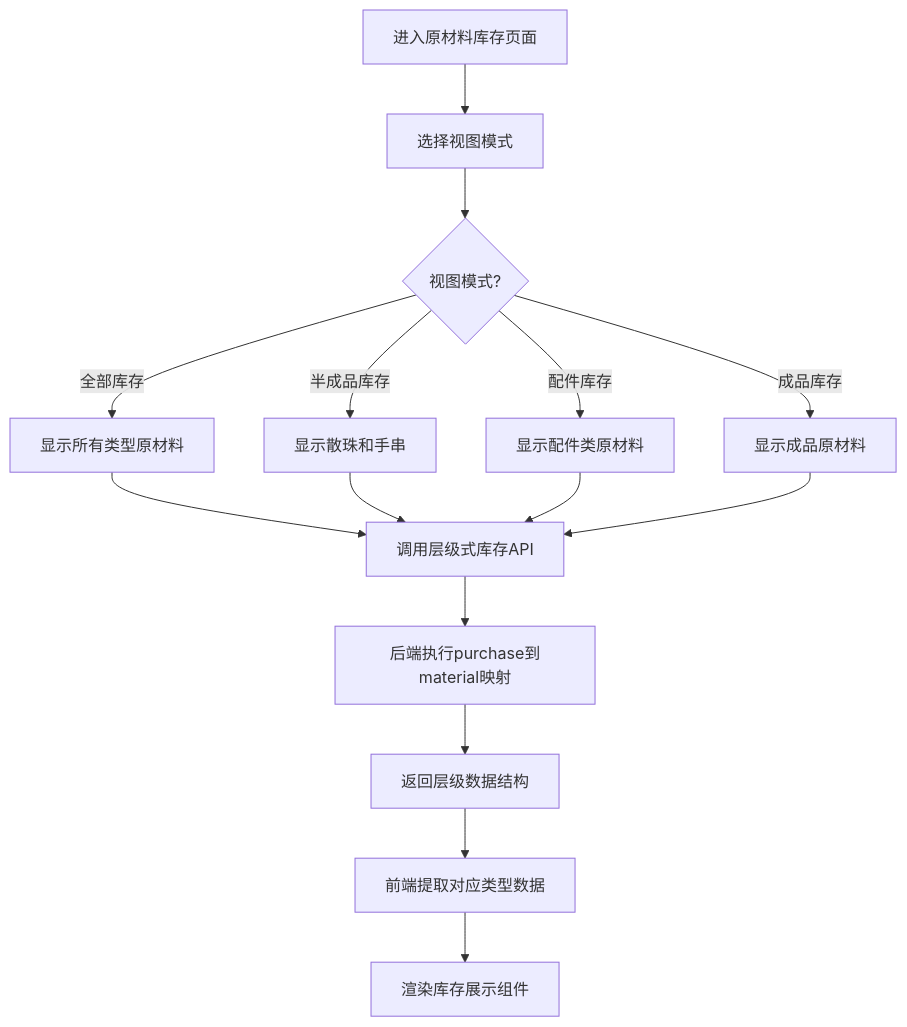
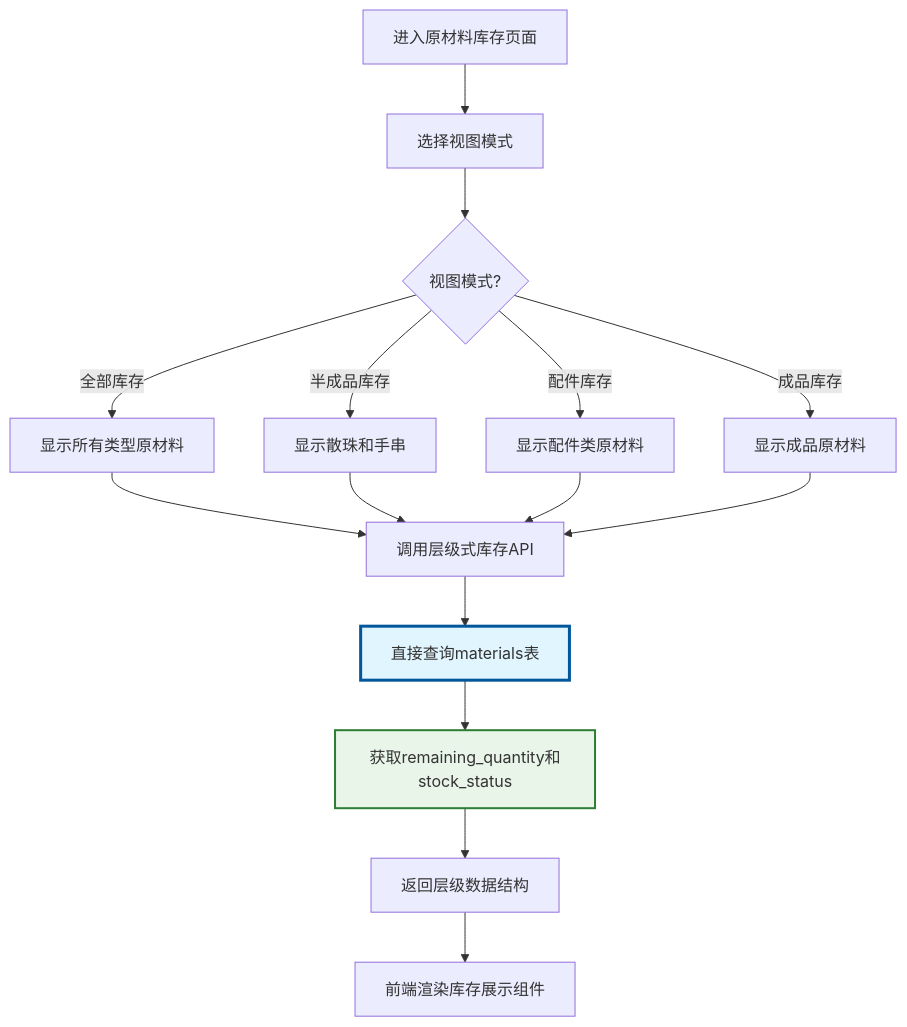
Before and after one commit to zhuoweishun/shuijing-erp: diagram 11 of 20 in .trae/documents/05-业务流程详细规范文档.md, drawn with Mermaid. The commit also changed other lines of this file and 122 other files, not shown here.

````diff
--- a/.trae/documents/05-业务流程详细规范文档.md
+++ b/.trae/documents/05-业务流程详细规范文档.md
@@ -530,17 +638,20 @@
 ```mermaid
 flowchart TD
     A[进入原材料库存页面] --> B[选择视图模式]
     B --> C{视图模式?}
     C -->|全部库存| D[显示所有类型原材料]
     C -->|半成品库存| E[显示散珠和手串]
     C -->|配件库存| F[显示配件类原材料]
     C -->|成品库存| G[显示成品原材料]
     D --> H[调用层级式库存API]
     E --> H
     F --> H
     G --> H
-    H --> I[后端执行purchase到material映射]
-    I --> J[返回层级数据结构]
-    J --> K[前端提取对应类型数据]
-    K --> L[渲染库存展示组件]
+    H --> I[直接查询materials表]
+    I --> J[获取remaining_quantity和stock_status]
+    J --> K[返回层级数据结构]
+    K --> L[前端渲染库存展示组件]
+    
+    style I fill:#e1f5fe,stroke:#01579b,stroke-width:3px
+    style J fill:#e8f5e8,stroke:#2e7d32,stroke-width:2px
 ```
````
